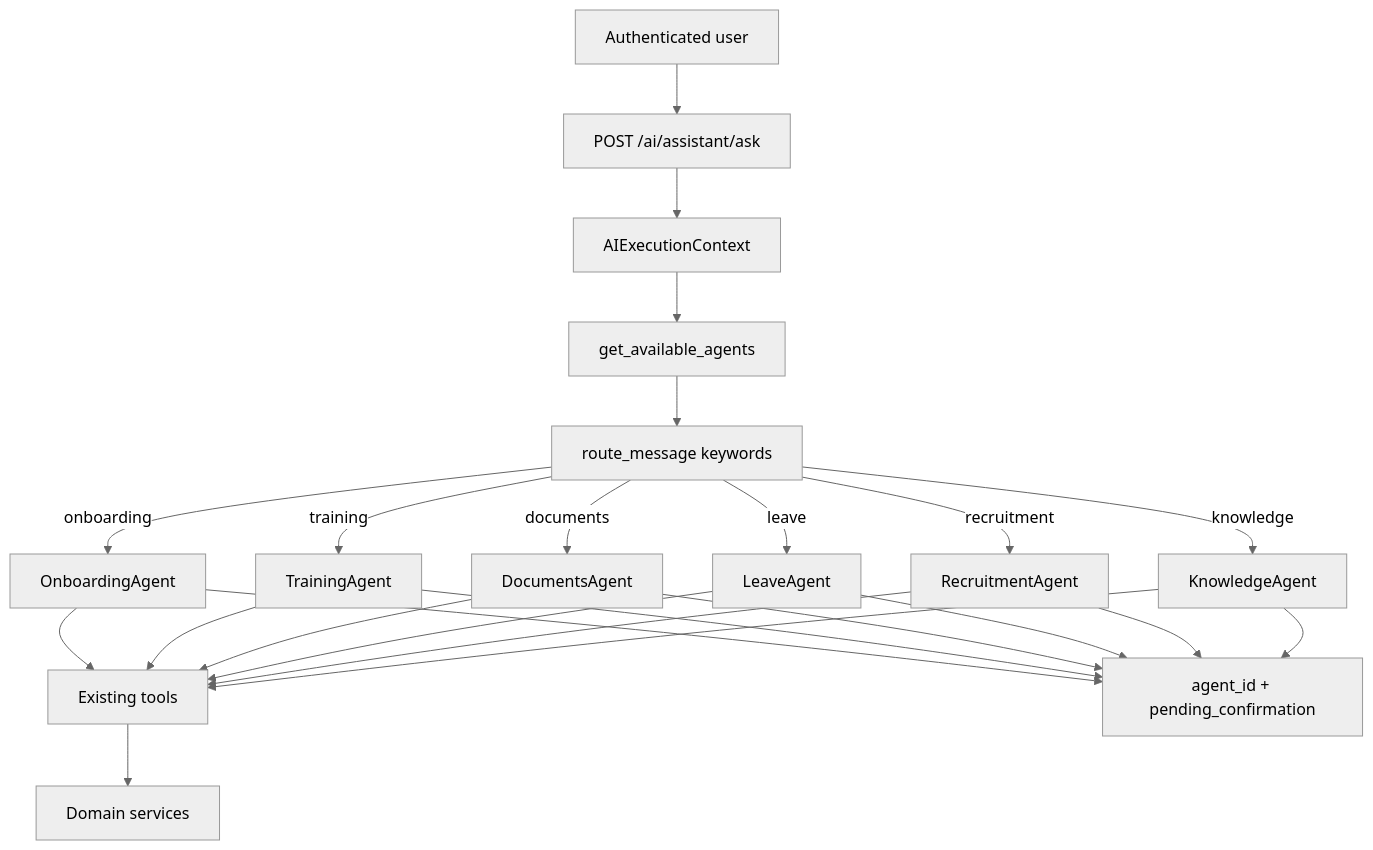
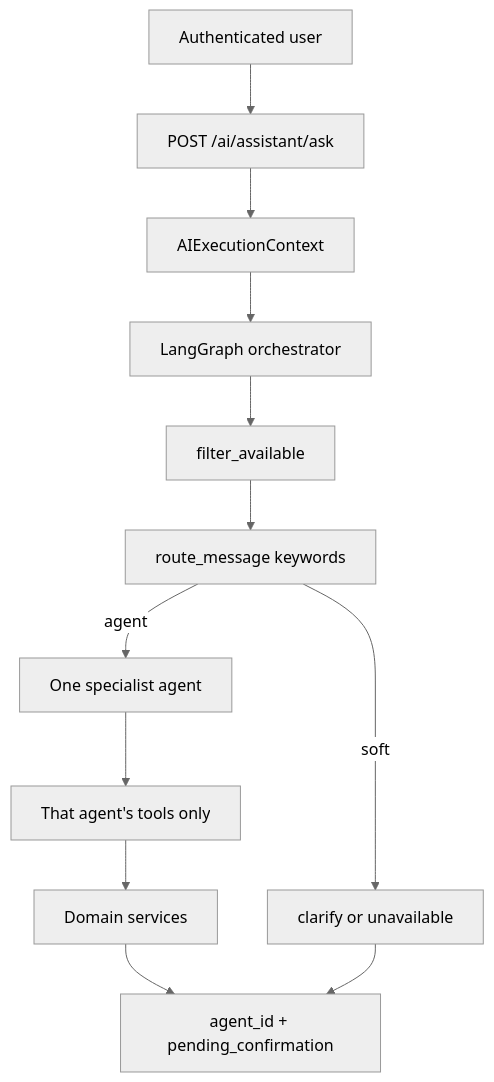
The fifth of 8 diagrams in README.md (AnnyStevia/hr-multi-agentic-system), drawn with Mermaid (neutral theme) before and after one commit. The commit also changed other lines of this file, not shown here.

Commit message:
Update README for offboarding AI, LangGraph orchestration, and current migration head.

````diff
--- a/README.md
+++ b/README.md
@@ -273,37 +273,18 @@
 ```mermaid
 flowchart TD
   User[Authenticated user]
   Ask[POST /ai/assistant/ask]
   Ctx[AIExecutionContext]
-  Reg[get_available_agents]
+  Graph[LangGraph orchestrator]
+  Reg[filter_available]
   Route[route_message keywords]
-  OA[OnboardingAgent]
-  TA[TrainingAgent]
-  DA[DocumentsAgent]
-  Leave[LeaveAgent]
-  Rec[RecruitmentAgent]
-  Know[KnowledgeAgent]
-  Tools[Existing tools]
+  Soft[clarify or unavailable]
+  Spec[One specialist agent]
+  Tools[That agent's tools only]
   Svc[Domain services]
   Env[agent_id + pending_confirmation]
 
-  User --> Ask --> Ctx --> Reg --> Route
-  Route -->|onboarding| OA
-  Route -->|training| TA
-  Route -->|documents| DA
-  Route -->|leave| Leave
-  Route -->|recruitment| Rec
-  Route -->|knowledge| Know
-  OA --> Tools --> Svc
-  TA --> Tools
-  DA --> Tools
-  Leave --> Tools
-  Rec --> Tools
-  Know --> Tools
-  OA --> Env
-  TA --> Env
-  DA --> Env
-  Leave --> Env
-  Rec --> Env
-  Know --> Env
+  User --> Ask --> Ctx --> Graph --> Reg --> Route
+  Route -->|agent| Spec --> Tools --> Svc --> Env
+  Route -->|soft| Soft --> Env
 ```
````
